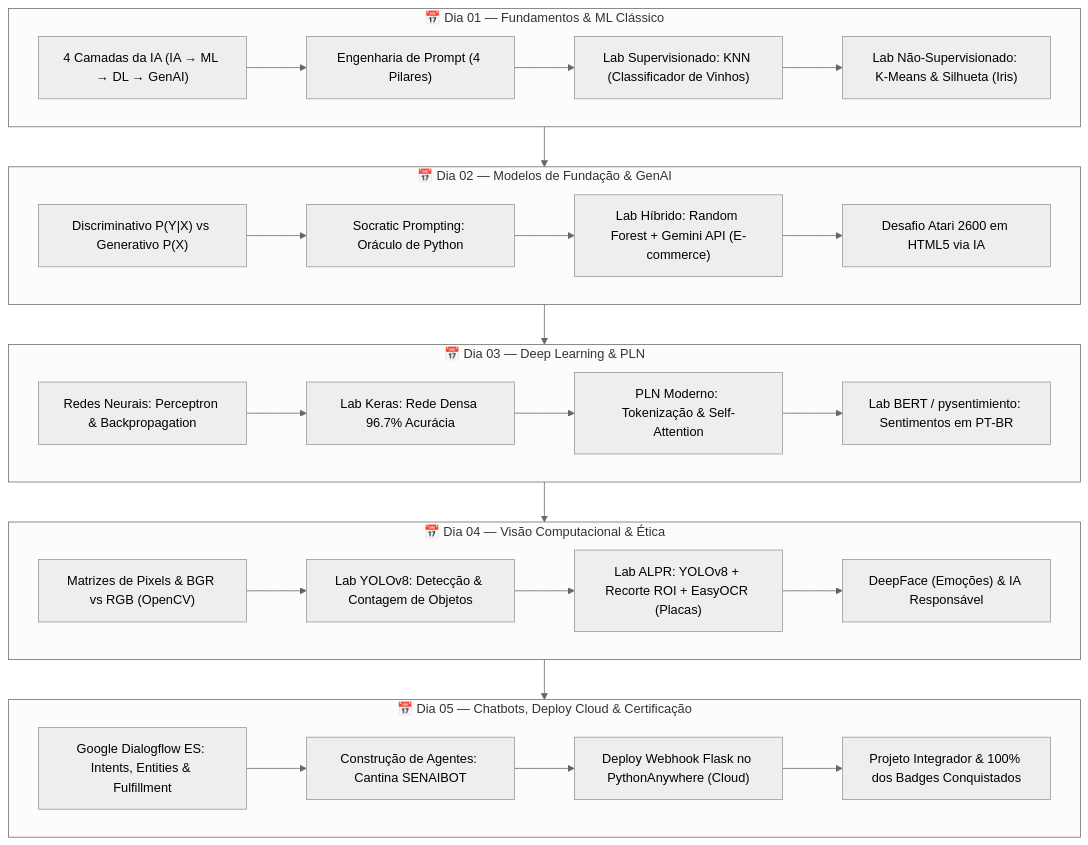
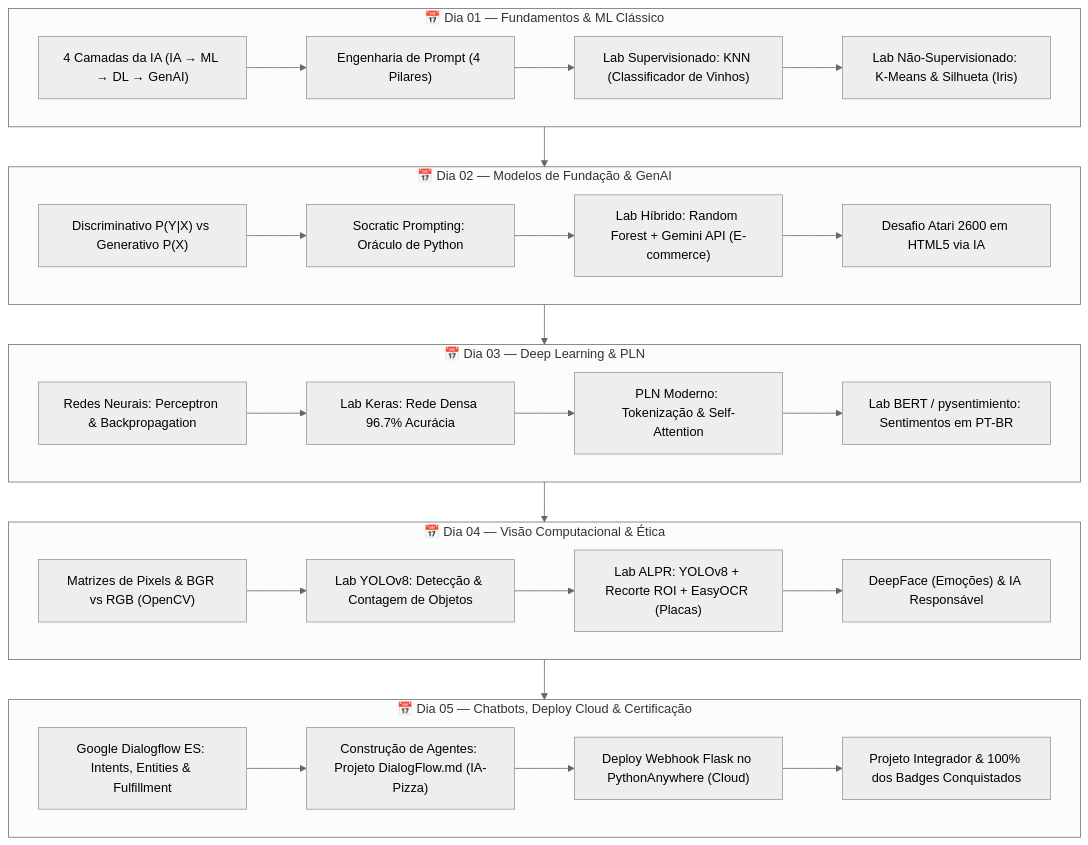
Before and after one commit to IrineuFrancisco/IASkillBoostInfoeste: the diagram in README.md, drawn with Mermaid (neutral theme). The commit also changed other lines of this file and 10 other files, not shown here.

Commit message:
DialogFlow

````diff
--- a/README.md
+++ b/README.md
@@ -66,34 +66,34 @@
 ```mermaid
 flowchart TD
     subgraph D1 ["📅 Dia 01 — Fundamentos & ML Clássico"]
         A1["4 Camadas da IA (IA → ML → DL → GenAI)"] --> A2["Engenharia de Prompt (4 Pilares)"]
         A2 --> A3["Lab Supervisionado: KNN (Classificador de Vinhos)"]
         A3 --> A4["Lab Não-Supervisionado: K-Means & Silhueta (Iris)"]
     end
 
     subgraph D2 ["📅 Dia 02 — Modelos de Fundação & GenAI"]
         B1["Discriminativo P(Y|X) vs Generativo P(X)"] --> B2["Socratic Prompting: Oráculo de Python"]
         B2 --> B3["Lab Híbrido: Random Forest + Gemini API (E-commerce)"]
         B3 --> B4["Desafio Atari 2600 em HTML5 via IA"]
     end
 
     subgraph D3 ["📅 Dia 03 — Deep Learning & PLN"]
         C1["Redes Neurais: Perceptron & Backpropagation"] --> C2["Lab Keras: Rede Densa 96.7% Acurácia"]
         C2 --> C3["PLN Moderno: Tokenização & Self-Attention"]
         C3 --> C4["Lab BERT / pysentimiento: Sentimentos em PT-BR"]
     end
 
     subgraph D4 ["📅 Dia 04 — Visão Computacional & Ética"]
         D1_["Matrizes de Pixels & BGR vs RGB (OpenCV)"] --> D2_["Lab YOLOv8: Detecção & Contagem de Objetos"]
         D2_["Lab YOLOv8: Detecção & Contagem de Objetos"] --> D3_["Lab ALPR: YOLOv8 + Recorte ROI + EasyOCR (Placas)"]
         D3_["Lab ALPR: YOLOv8 + Recorte ROI + EasyOCR (Placas)"] --> D4_["DeepFace (Emoções) & IA Responsável"]
     end
 
     subgraph D5 ["📅 Dia 05 — Chatbots, Deploy Cloud & Certificação"]
-        E1["Google Dialogflow ES: Intents, Entities & Fulfillment"] --> E2["Construção de Agentes: Cantina SENAIBOT"]
+        E1["Google Dialogflow ES: Intents, Entities & Fulfillment"] --> E2["Construção de Agentes: Projeto DialogFlow.md (IA-Pizza)"]
         E2 --> E3["Deploy Webhook Flask no PythonAnywhere (Cloud)"]
         E3 --> E4["Projeto Integrador & 100% dos Badges Conquistados"]
     end
 
     D1 --> D2 --> D3 --> D4 --> D5
 ```
````
